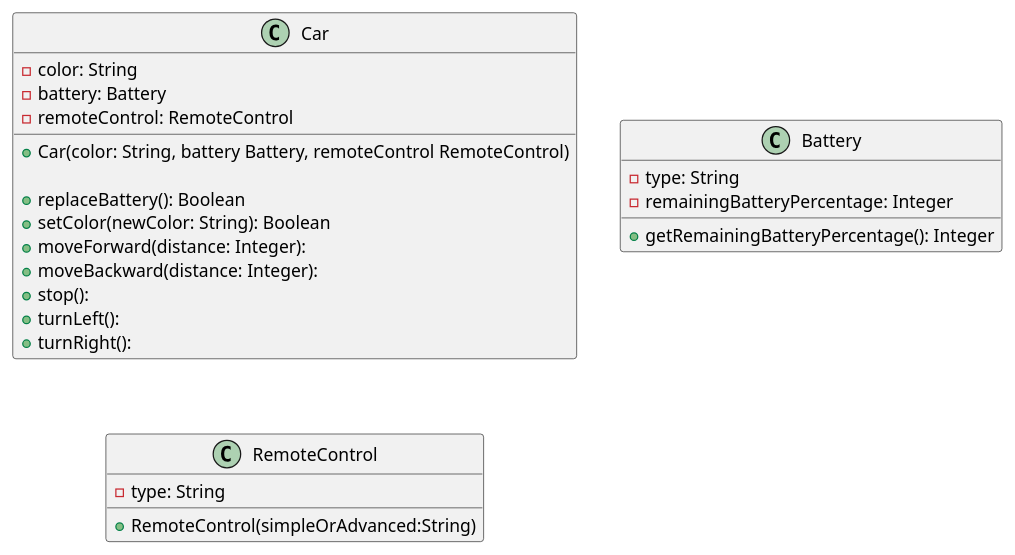
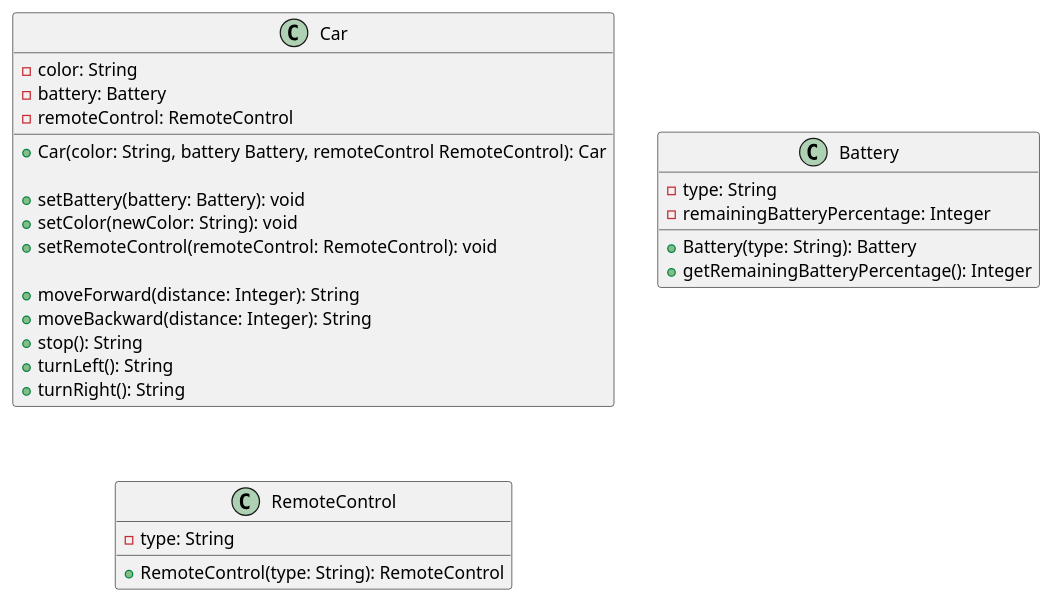
One commit to boolean-uk/java-tdd-oop-encapsulation changed the diagram in classDiagramRemoteControlledCar.puml. Above: the diagram before and after it, drawn with PlantUML. The commit also changed other lines of this file, not shown here.

Commit message:
updated classDiagram with return types and minor adjustments

```diff
--- a/classDiagramRemoteControlledCar.puml
+++ b/classDiagramRemoteControlledCar.puml
@@ -1,31 +1,36 @@
 @startuml
 
 Class Car {
     - color: String
     - battery: Battery
     - remoteControl: RemoteControl
 
-    + Car(color: String, battery Battery, remoteControl RemoteControl)
+    + Car(color: String, battery Battery, remoteControl RemoteControl): Car
 
-    + replaceBattery(): Boolean
-    + setColor(newColor: String): Boolean
-    + moveForward(distance: Integer):
-    + moveBackward(distance: Integer):
-    + stop():
-    + turnLeft():
-    + turnRight():
+    + setBattery(battery: Battery): void
+    + setColor(newColor: String): void
+    + setRemoteControl(remoteControl: RemoteControl): void
+
+    + moveForward(distance: Integer): String
+    + moveBackward(distance: Integer): String
+    + stop(): String
+    + turnLeft(): String
+    + turnRight(): String
 }
 
 Class Battery {
     - type: String
     - remainingBatteryPercentage: Integer
+
+    + Battery(type: String): Battery
     + getRemainingBatteryPercentage(): Integer
 }
 
 Class RemoteControl {
     - type: String
-    + RemoteControl(simpleOrAdvanced:String)
+
+    + RemoteControl(type: String): RemoteControl
 
 }
 
 @enduml
```
